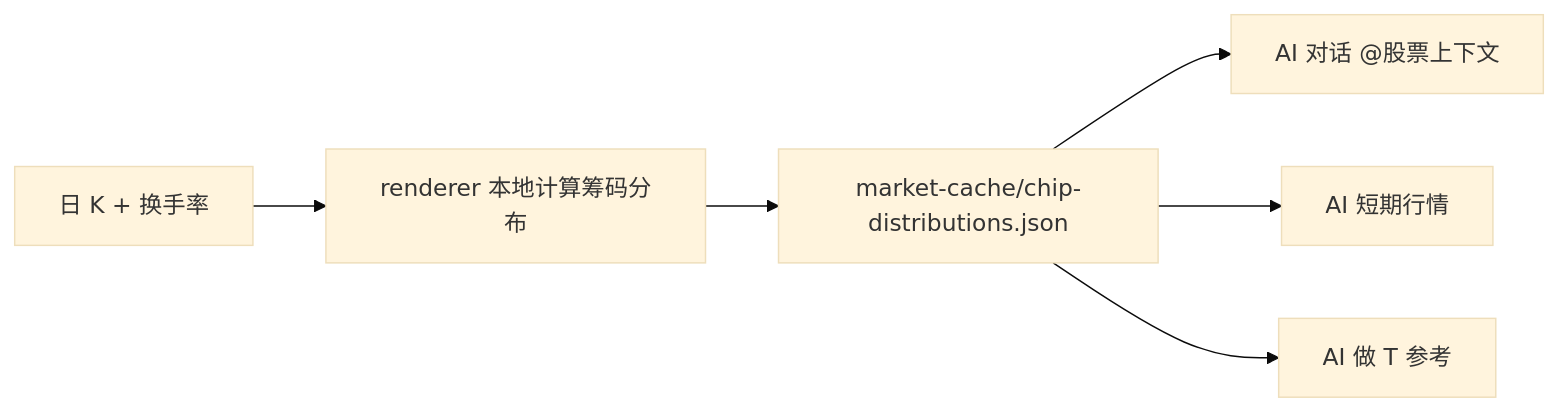
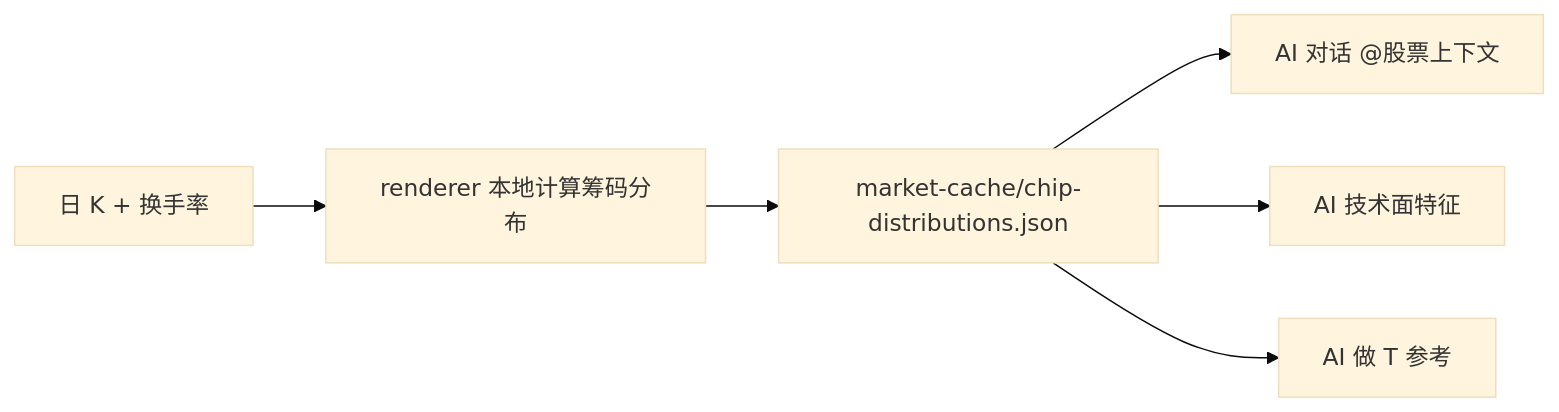
One commit to SingleOne/JianZhang changed the second of 2 diagrams in docs/wiki/08-ai-extension-points.md. Above: the diagram before and after it, drawn with Mermaid (base theme). The commit also changed other lines of this file and 20 other files, not shown here.

````diff
--- a/docs/wiki/08-ai-extension-points.md
+++ b/docs/wiki/08-ai-extension-points.md
@@ -147,8 +148,8 @@
 ```mermaid
 flowchart LR
     DAILY["日 K + 换手率"] --> CALC["renderer 本地计算筹码分布"]
     CALC --> CACHE["market-cache/chip-distributions.json"]
     CACHE --> CHAT["AI 对话 @股票上下文"]
-    CACHE --> ANALYSIS["AI 短期行情"]
+    CACHE --> ANALYSIS["AI 技术面特征"]
     CACHE --> ADVICE["AI 做 T 参考"]
 ```
````
